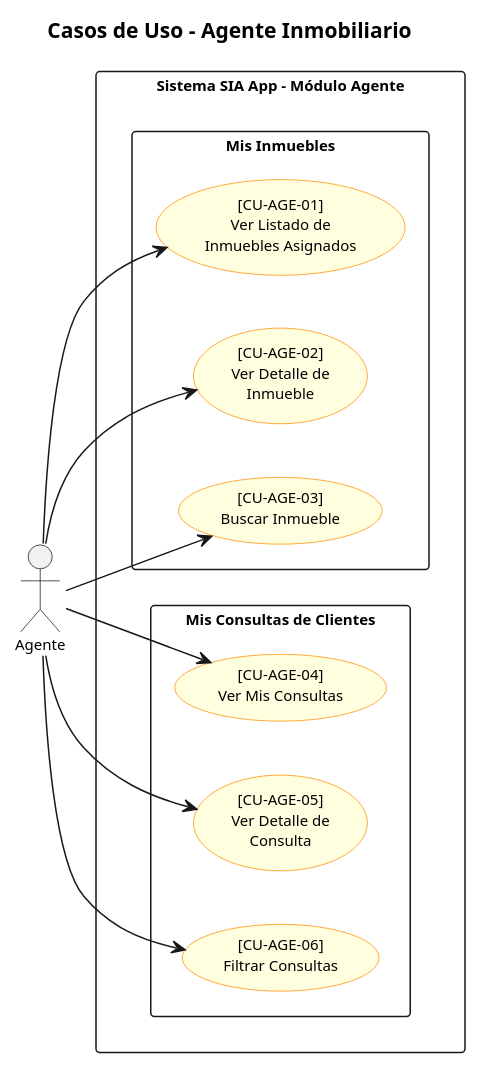
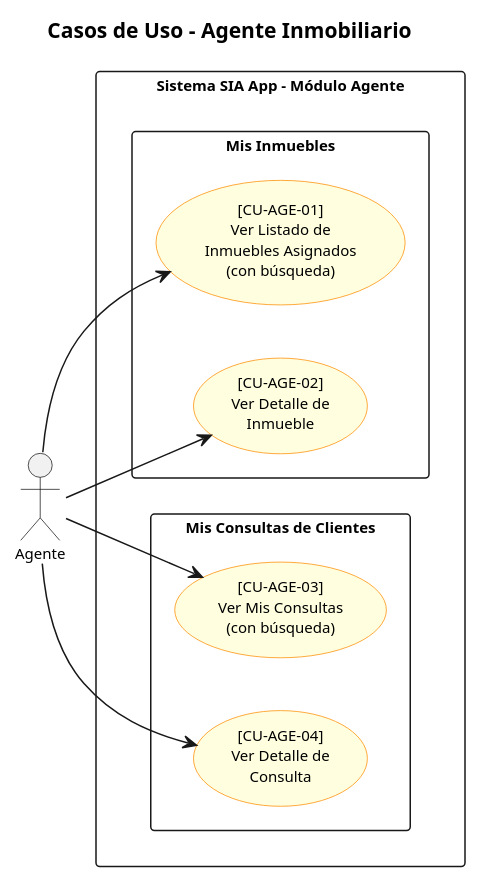
The third of 8 diagrams in documentation/CASOS_USO.puml (j4ntill3/sia_app), drawn with PlantUML before and after one commit. The commit also changed other lines of this file and 24 other files, not shown here.

```diff
--- a/documentation/CASOS_USO.puml
+++ b/documentation/CASOS_USO.puml
@@ -78,43 +76,39 @@
 @startuml CASOS_USO_AGENTE
 
 skinparam usecase {
   BackgroundColor LightYellow
   BorderColor DarkOrange
   FontSize 10
 }
 
 skinparam actor {
   FontSize 11
 }
 
 skinparam packageStyle rectangle
 skinparam defaultFontSize 10
 left to right direction
 
 title Casos de Uso - Agente Inmobiliario
 
 actor "Agente" as Agent
 
 rectangle "Sistema SIA App - Módulo Agente" {
 
   package "Mis Inmuebles" {
-    usecase "[CU-AGE-01]\nVer Listado de\nInmuebles Asignados" as UC_ViewMyProperties
+    usecase "[CU-AGE-01]\nVer Listado de\nInmuebles Asignados\n(con búsqueda)" as UC_ViewMyProperties
     usecase "[CU-AGE-02]\nVer Detalle de\nInmueble" as UC_ViewMyPropertyDetail
-    usecase "[CU-AGE-03]\nBuscar Inmueble" as UC_SearchMyProperties
   }
 
   package "Mis Consultas de Clientes" {
-    usecase "[CU-AGE-04]\nVer Mis Consultas" as UC_ViewMyInquiries
-    usecase "[CU-AGE-05]\nVer Detalle de\nConsulta" as UC_ViewInquiryDetail
-    usecase "[CU-AGE-06]\nFiltrar Consultas" as UC_FilterInquiries
+    usecase "[CU-AGE-03]\nVer Mis Consultas\n(con búsqueda)" as UC_ViewMyInquiries
+    usecase "[CU-AGE-04]\nVer Detalle de\nConsulta" as UC_ViewInquiryDetail
   }
 }
 
 Agent --> UC_ViewMyProperties
 Agent --> UC_ViewMyPropertyDetail
-Agent --> UC_SearchMyProperties
 Agent --> UC_ViewMyInquiries
 Agent --> UC_ViewInquiryDetail
-Agent --> UC_FilterInquiries
 
 @enduml
```
